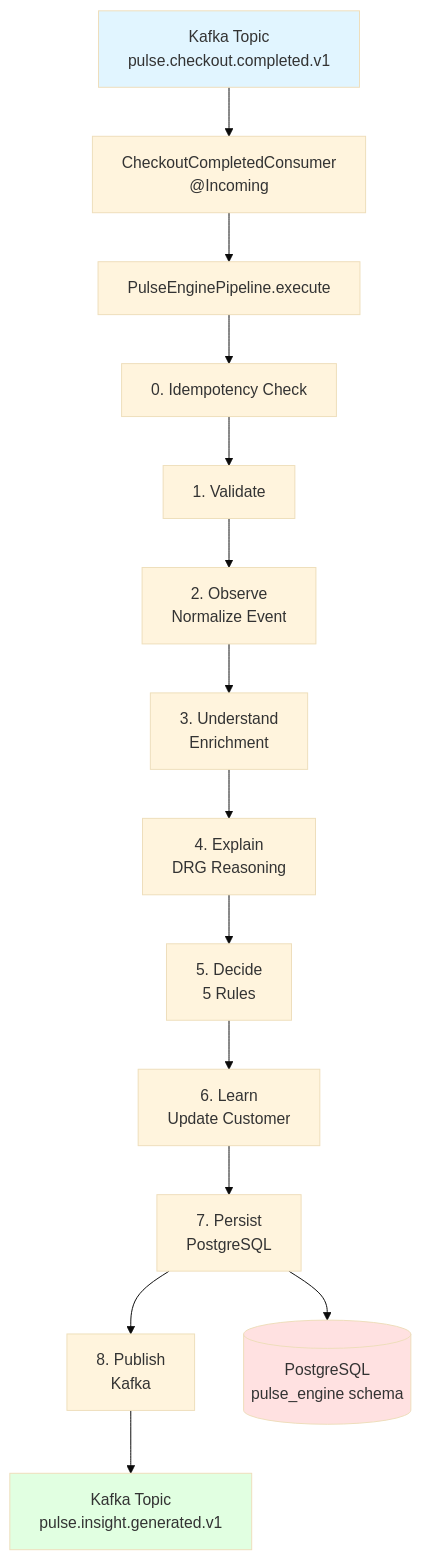
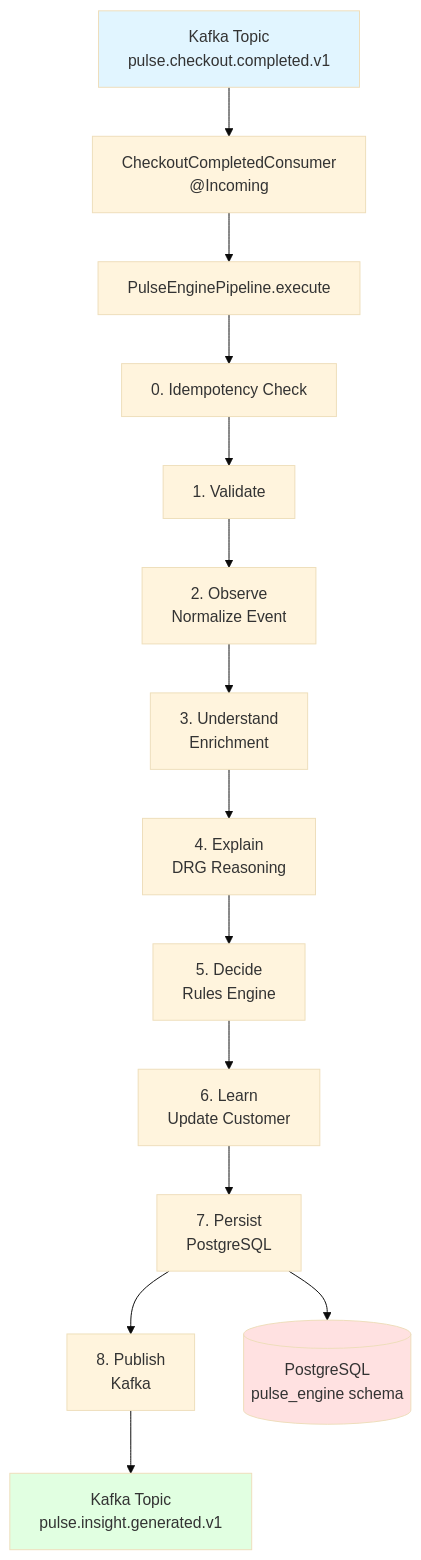
One commit to irsyadjpp/pulse-engine changed the fourth of 5 diagrams in README.md. Above: the diagram before and after it, drawn with Mermaid (base theme). The commit also changed other lines of this file, not shown here.

````diff
--- a/README.md
+++ b/README.md
@@ -293,22 +540,22 @@
 ```mermaid
 flowchart TD
     A["Kafka Topic<br/>pulse.checkout.completed.v1"] --> B["CheckoutCompletedConsumer<br/>@Incoming"]
     B --> C["PulseEnginePipeline.execute"]
     
     C --> D["0. Idempotency Check"]
     D --> E["1. Validate"]
     E --> F["2. Observe<br/>Normalize Event"]
     F --> G["3. Understand<br/>Enrichment"]
     G --> H["4. Explain<br/>DRG Reasoning"]
-    H --> I["5. Decide<br/>5 Rules"]
+    H --> I["5. Decide<br/>Rules Engine"]
     I --> J["6. Learn<br/>Update Customer"]
     J --> K["7. Persist<br/>PostgreSQL"]
     K --> L["8. Publish<br/>Kafka"]
     
     K --> M[("PostgreSQL<br/>pulse_engine schema")]
     L --> N["Kafka Topic<br/>pulse.insight.generated.v1"]
     
     style A fill:#e1f5ff
     style M fill:#ffe1e1
     style N fill:#e1ffe1
 ```
````
